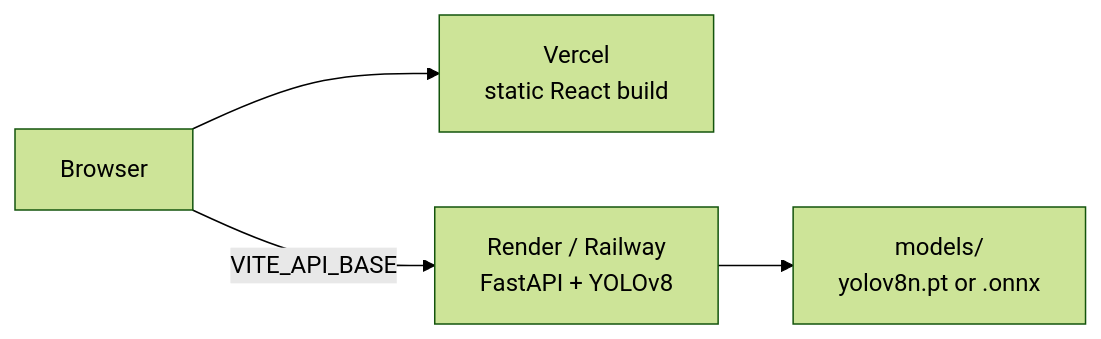
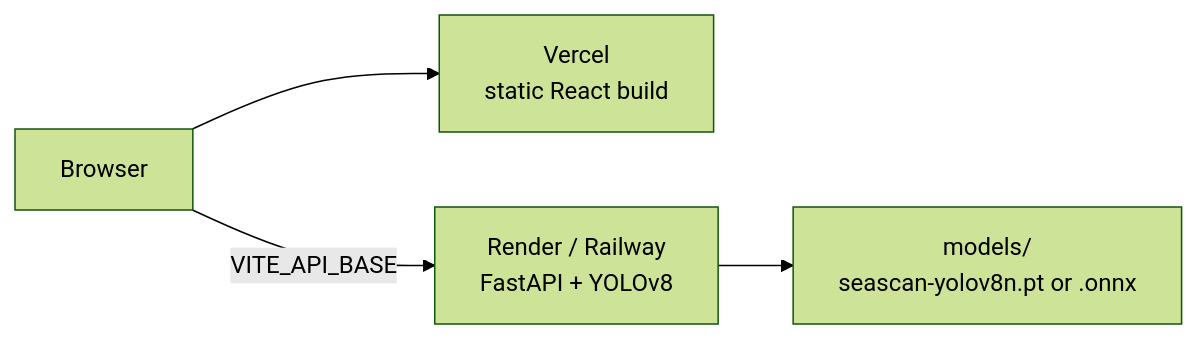
One commit to larpareek/deepscan-sih26057 changed the second of 2 diagrams in docs/ARCHITECTURE.md. Above: the diagram before and after it, drawn with Mermaid (forest theme). The commit also changed other lines of this file and 7 other files, not shown here.

````diff
--- a/docs/ARCHITECTURE.md
+++ b/docs/ARCHITECTURE.md
@@ -149,6 +149,6 @@
 ```mermaid
 flowchart LR
     U["Browser"] --> V["Vercel<br/>static React build"]
     U -- "VITE_API_BASE" --> R["Render / Railway<br/>FastAPI + YOLOv8"]
-    R --> M["models/<br/>yolov8n.pt or .onnx"]
+    R --> M["models/<br/>seascan-yolov8n.pt or .onnx"]
 ```
````
